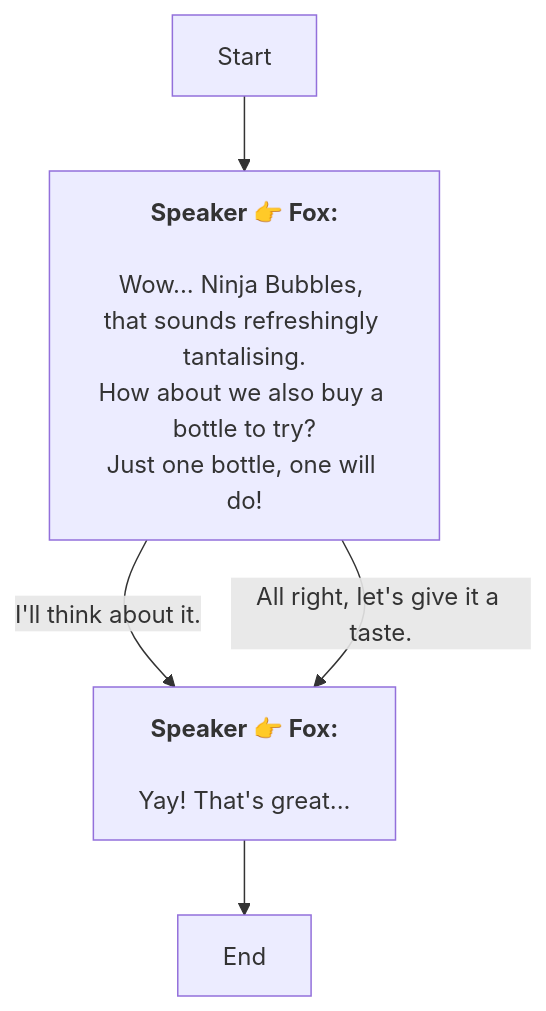
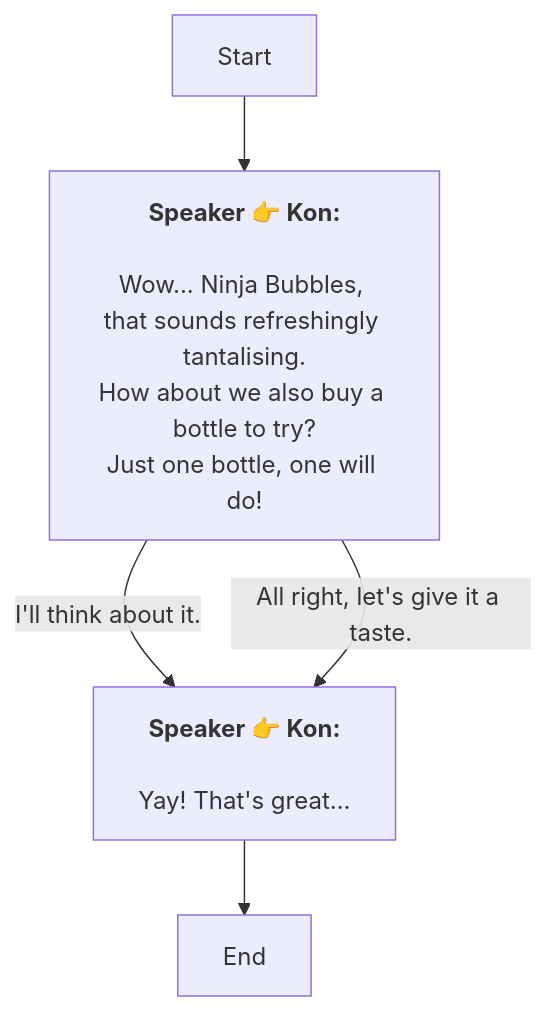
The diagram in En/AddDialogNode_1739692900553997.md (SoftHu/tos_avg), drawn with Mermaid before and after one commit. The commit also changed 730 other files, not shown here.

````diff
--- a/En/AddDialogNode_1739692900553997.md
+++ b/En/AddDialogNode_1739692900553997.md
@@ -1,12 +1,12 @@
 ```mermaid
 graph
-Start -->1739694113745168[<b>Speaker 👉 Fox:</b>
+Start -->1739694113745168[<b>Speaker 👉 Kon:</b>
 \nWow... Ninja Bubbles, that sounds refreshingly tantalising.\nHow about we also buy a bottle to try?
 Just one bottle, one will do!]
-1739694113745168 -->|I'll think about it.|1739694965072150[<b>Speaker 👉 Fox:</b>
+1739694113745168 -->|I'll think about it.|1739694965072150[<b>Speaker 👉 Kon:</b>
 \nYay! That's great...]
-1739694113745168 -->|All right, let's give it a taste.|1739694965072150[<b>Speaker 👉 Fox:</b>
+1739694113745168 -->|All right, let's give it a taste.|1739694965072150[<b>Speaker 👉 Kon:</b>
 \nYay! That's great...]
 1739694965072150 -->1739695381930263[End]
 
 ```
````
